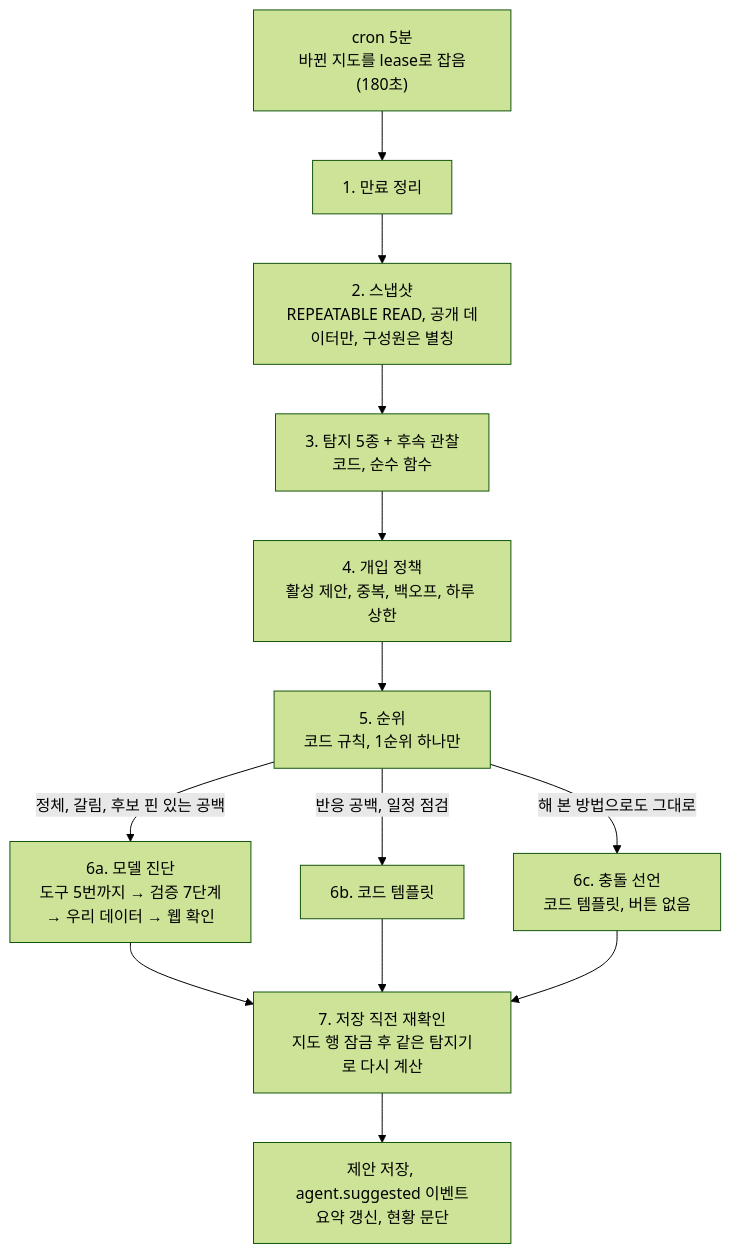
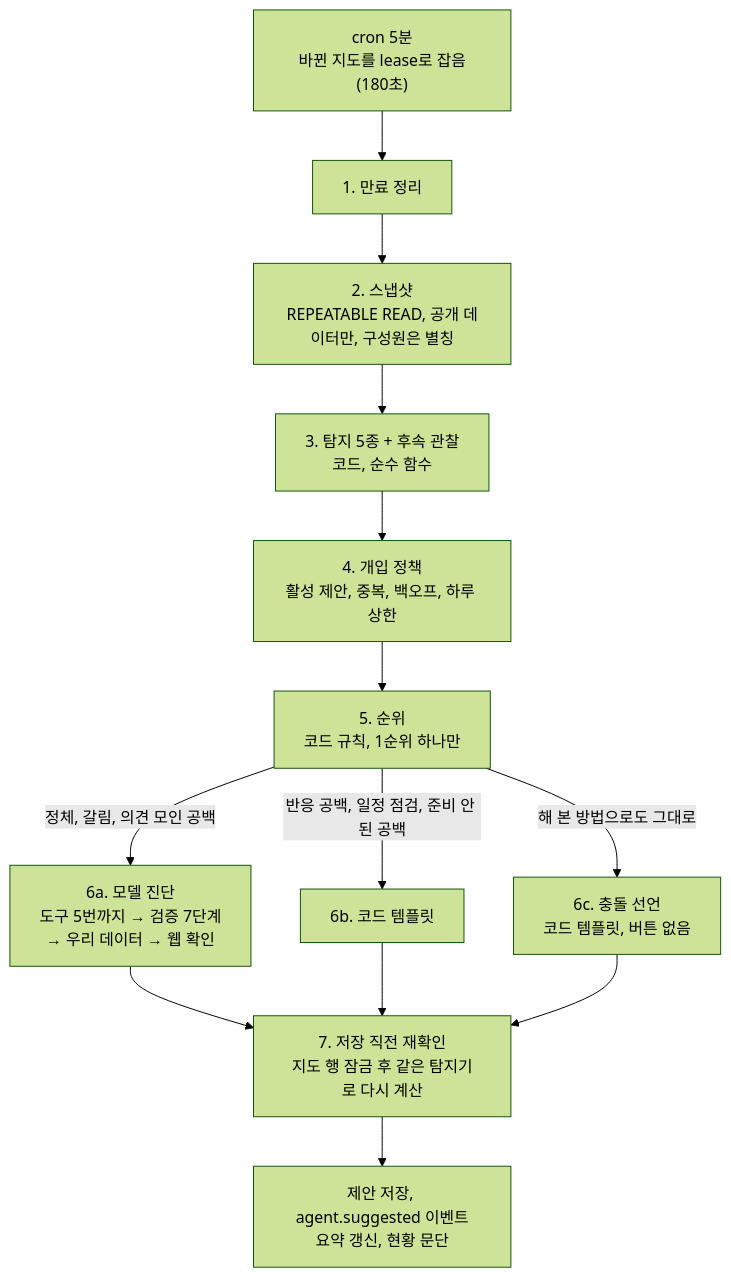
The second of 5 diagrams in 최종기술문서.md (kakaotechcampus-4/ktc4-chungnam-2), drawn with Mermaid (forest theme) before and after one commit. The commit also changed other lines of this file and 14 other files, not shown here.

````diff
--- a/최종기술문서.md
+++ b/최종기술문서.md
@@ -173,15 +173,15 @@
 ```mermaid
 flowchart TD
   T["cron 5분<br/>바뀐 지도를 lease로 잡음(180초)"] --> X["1. 만료 정리"]
   X --> S["2. 스냅샷<br/>REPEATABLE READ, 공개 데이터만, 구성원은 별칭"]
   S --> D["3. 탐지 5종 + 후속 관찰<br/>코드, 순수 함수"]
   D --> P["4. 개입 정책<br/>활성 제안, 중복, 백오프, 하루 상한"]
   P --> R["5. 순위<br/>코드 규칙, 1순위 하나만"]
-  R -->|정체, 갈림, 후보 핀 있는 공백| M["6a. 모델 진단<br/>도구 5번까지 → 검증 7단계<br/>→ 우리 데이터 → 웹 확인"]
-  R -->|반응 공백, 일정 점검| C["6b. 코드 템플릿"]
+  R -->|정체, 갈림, 의견 모인 공백| M["6a. 모델 진단<br/>도구 5번까지 → 검증 7단계<br/>→ 우리 데이터 → 웹 확인"]
+  R -->|반응 공백, 일정 점검, 준비 안 된 공백| C["6b. 코드 템플릿"]
   R -->|해 본 방법으로도 그대로| Z["6c. 충돌 선언<br/>코드 템플릿, 버튼 없음"]
   M --> V["7. 저장 직전 재확인<br/>지도 행 잠금 후 같은 탐지기로 다시 계산"]
   C --> V
   Z --> V
   V --> Q["제안 저장, agent.suggested 이벤트<br/>요약 갱신, 현황 문단"]
 ```
````
